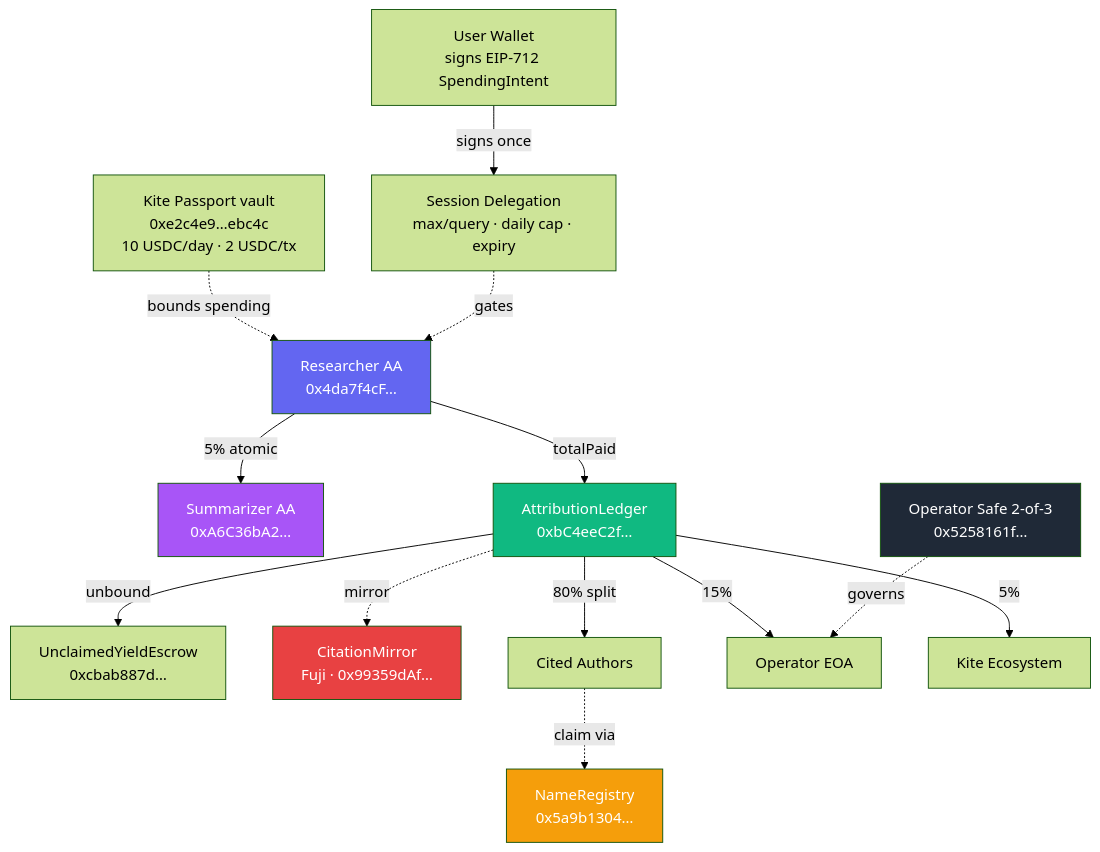
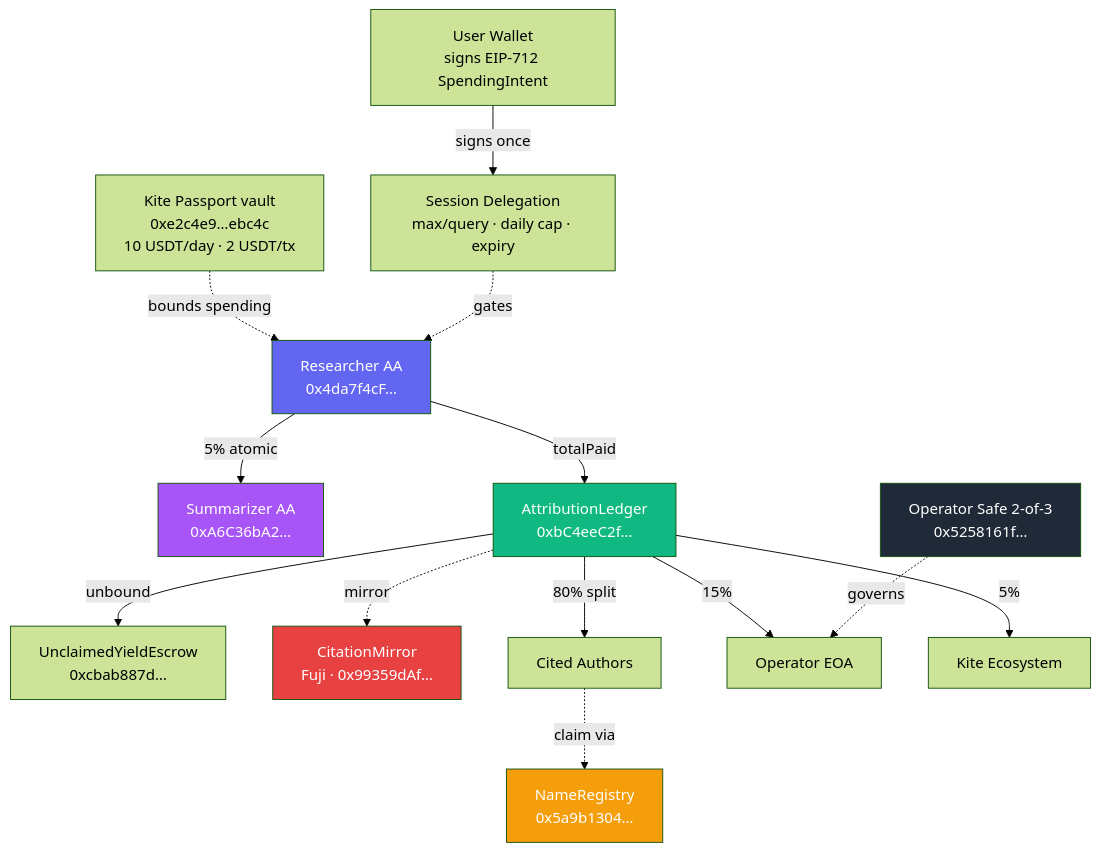
The diagram in docs/submission-copy.md (PugarHuda/kutip), drawn with Mermaid (forest theme) before and after one commit. The commit also changed other lines of this file and 45 other files, not shown here.

````diff
--- a/docs/submission-copy.md
+++ b/docs/submission-copy.md
@@ -137,33 +137,33 @@
 ```mermaid
 flowchart TB
     User[User Wallet<br/>signs EIP-712 SpendingIntent]
     Passport[Session Delegation<br/>max/query · daily cap · expiry]
-    KitePass[Kite Passport vault<br/>0xe2c4e9…ebc4c<br/>10 USDC/day · 2 USDC/tx]
+    KitePass[Kite Passport vault<br/>0xe2c4e9…ebc4c<br/>10 USDT/day · 2 USDT/tx]
     Researcher[Researcher AA<br/>0x4da7f4cF…]
     Summarizer[Summarizer AA<br/>0xA6C36bA2…]
     Ledger[AttributionLedger<br/>0xbC4eeC2f…]
     NameReg[NameRegistry<br/>0x5a9b1304…]
     Escrow[UnclaimedYieldEscrow<br/>0xcbab887d…]
     Mirror[CitationMirror<br/>Fuji · 0x99359dAf…]
     Safe[Operator Safe 2-of-3<br/>0x5258161f…]
 
     User --signs once--> Passport
     KitePass -.bounds spending.-> Researcher
     Passport -.gates.-> Researcher
     Researcher --5% atomic--> Summarizer
     Researcher --totalPaid--> Ledger
     Ledger --80% split--> Authors[Cited Authors]
     Ledger --15%--> Operator[Operator EOA]
     Ledger --5%--> Eco[Kite Ecosystem]
     Authors -.claim via.-> NameReg
     Ledger --unbound--> Escrow
     Ledger -.mirror.-> Mirror
     Safe -.governs.-> Operator
 
     style Researcher fill:#6366f1,color:#fff
     style Summarizer fill:#a855f7,color:#fff
     style Ledger fill:#10b981,color:#fff
     style NameReg fill:#f59e0b,color:#fff
     style Mirror fill:#e84142,color:#fff
     style Safe fill:#1f2937,color:#fff
 ```
````
